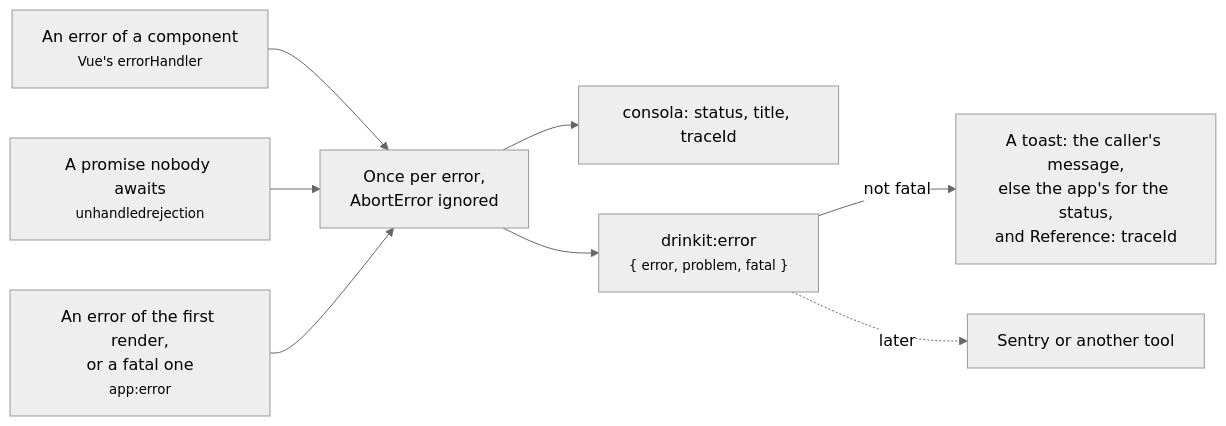
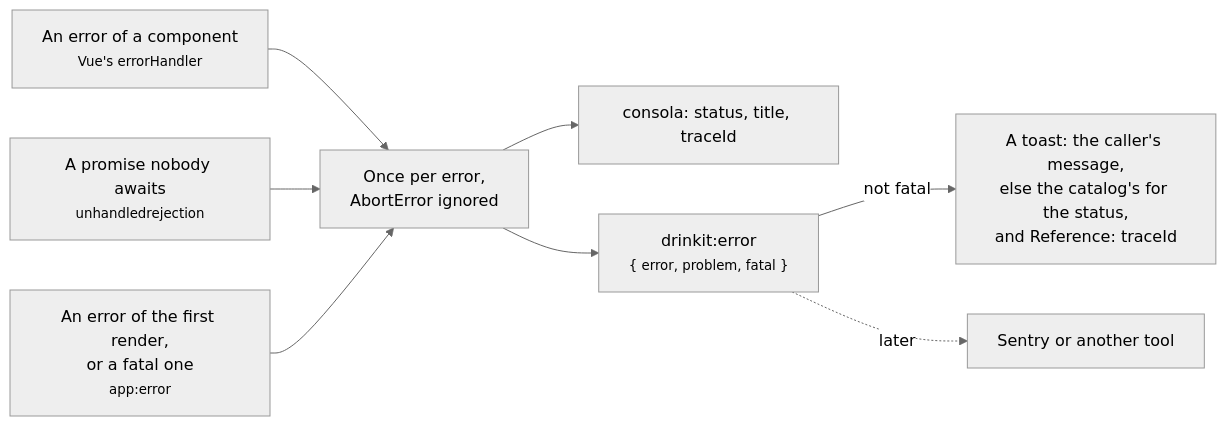
The diagram in tech-starters/frontend/observability-starter/README.md (mboisnard/drinkit), drawn with Mermaid (neutral theme) before and after one commit. The commit also changed other lines of this file and 104 other files, not shown here.

First line of the commit message:
[TECH-STARTER] Translate the Nuxt app and its starters into English and French from one ICU catalog shared with the backend (#679)

````diff
--- a/tech-starters/frontend/observability-starter/README.md
+++ b/tech-starters/frontend/observability-starter/README.md
@@ -11,10 +11,10 @@
 ```mermaid
 flowchart LR
   Vue["An error of a component<br/><small>Vue's errorHandler</small>"] --> Report
   Promise["A promise nobody awaits<br/><small>unhandledrejection</small>"] --> Report
   Fatal["An error of the first render,<br/>or a fatal one<br/><small>app:error</small>"] --> Report
   Report["Once per error,<br/>AbortError ignored"] --> Log["consola: status, title, traceId"]
   Report --> Hook["drinkit:error<br/><small>{ error, problem, fatal }</small>"]
-  Hook -- "not fatal" --> Toast["A toast: the caller's message,<br/>else the app's for the status,<br/>and Reference: traceId"]
+  Hook -- "not fatal" --> Toast["A toast: the caller's message,<br/>else the catalog's for the status,<br/>and Reference: traceId"]
   Hook -. "later" .-> Alert["Sentry or another tool"]
 ```
````
